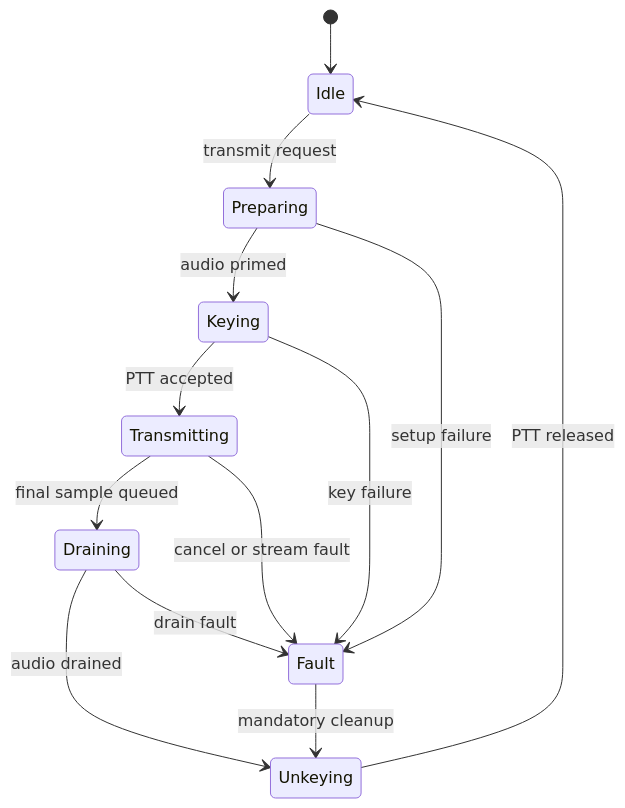
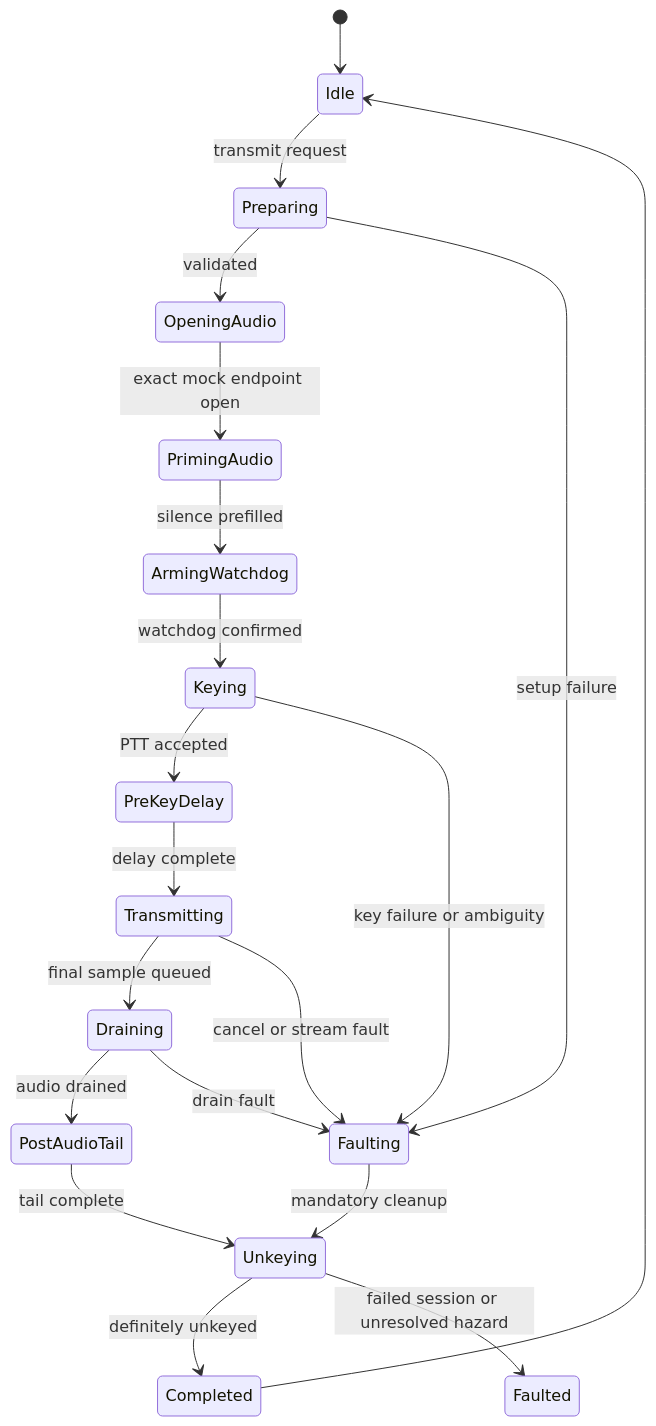
The second of 2 diagrams in docs/ARCHITECTURE.md (M6VPN/scanline-sstv), drawn with Mermaid before and after one commit. The commit also changed other lines of this file and 13 other files, not shown here.

````diff
--- a/docs/ARCHITECTURE.md
+++ b/docs/ARCHITECTURE.md
@@ -244,15 +274,22 @@
 ```mermaid
 stateDiagram-v2
   [*] --> Idle
   Idle --> Preparing: transmit request
-  Preparing --> Keying: audio primed
-  Keying --> Transmitting: PTT accepted
+  Preparing --> OpeningAudio: validated
+  OpeningAudio --> PrimingAudio: exact mock endpoint open
+  PrimingAudio --> ArmingWatchdog: silence prefilled
+  ArmingWatchdog --> Keying: watchdog confirmed
+  Keying --> PreKeyDelay: PTT accepted
+  PreKeyDelay --> Transmitting: delay complete
   Transmitting --> Draining: final sample queued
-  Draining --> Unkeying: audio drained
-  Unkeying --> Idle: PTT released
-  Preparing --> Fault: setup failure
-  Keying --> Fault: key failure
-  Transmitting --> Fault: cancel or stream fault
-  Draining --> Fault: drain fault
-  Fault --> Unkeying: mandatory cleanup
+  Draining --> PostAudioTail: audio drained
+  PostAudioTail --> Unkeying: tail complete
+  Unkeying --> Completed: definitely unkeyed
+  Completed --> Idle
+  Preparing --> Faulting: setup failure
+  Keying --> Faulting: key failure or ambiguity
+  Transmitting --> Faulting: cancel or stream fault
+  Draining --> Faulting: drain fault
+  Faulting --> Unkeying: mandatory cleanup
+  Unkeying --> Faulted: failed session or unresolved hazard
 ```
````
